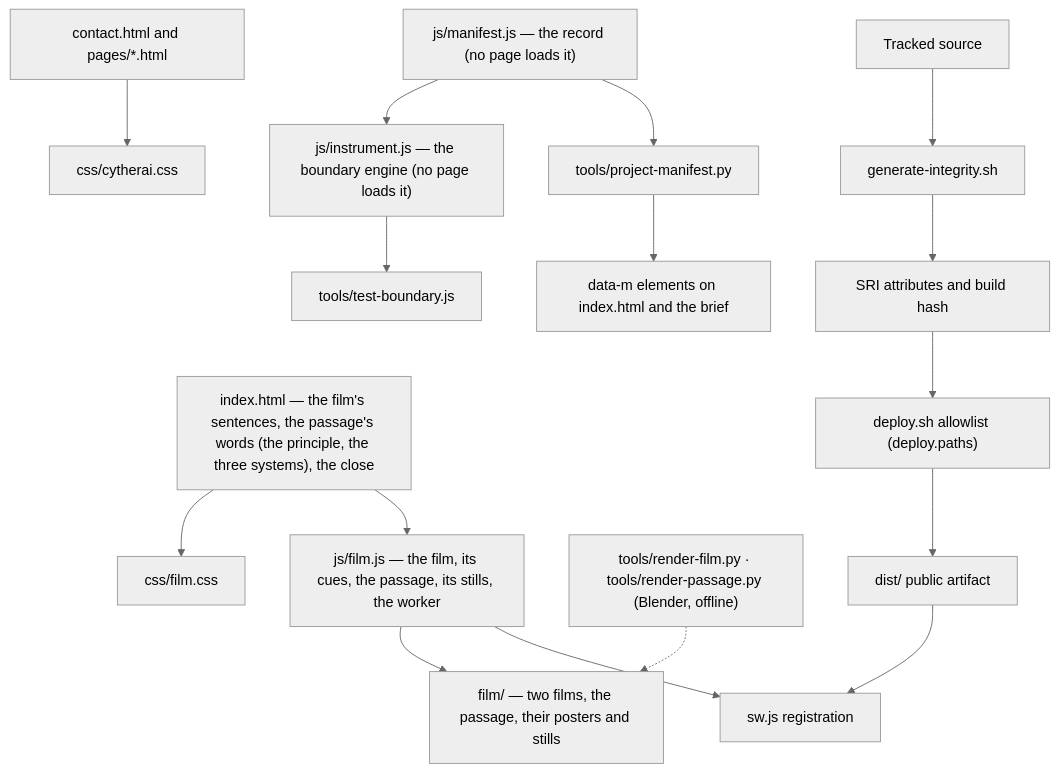
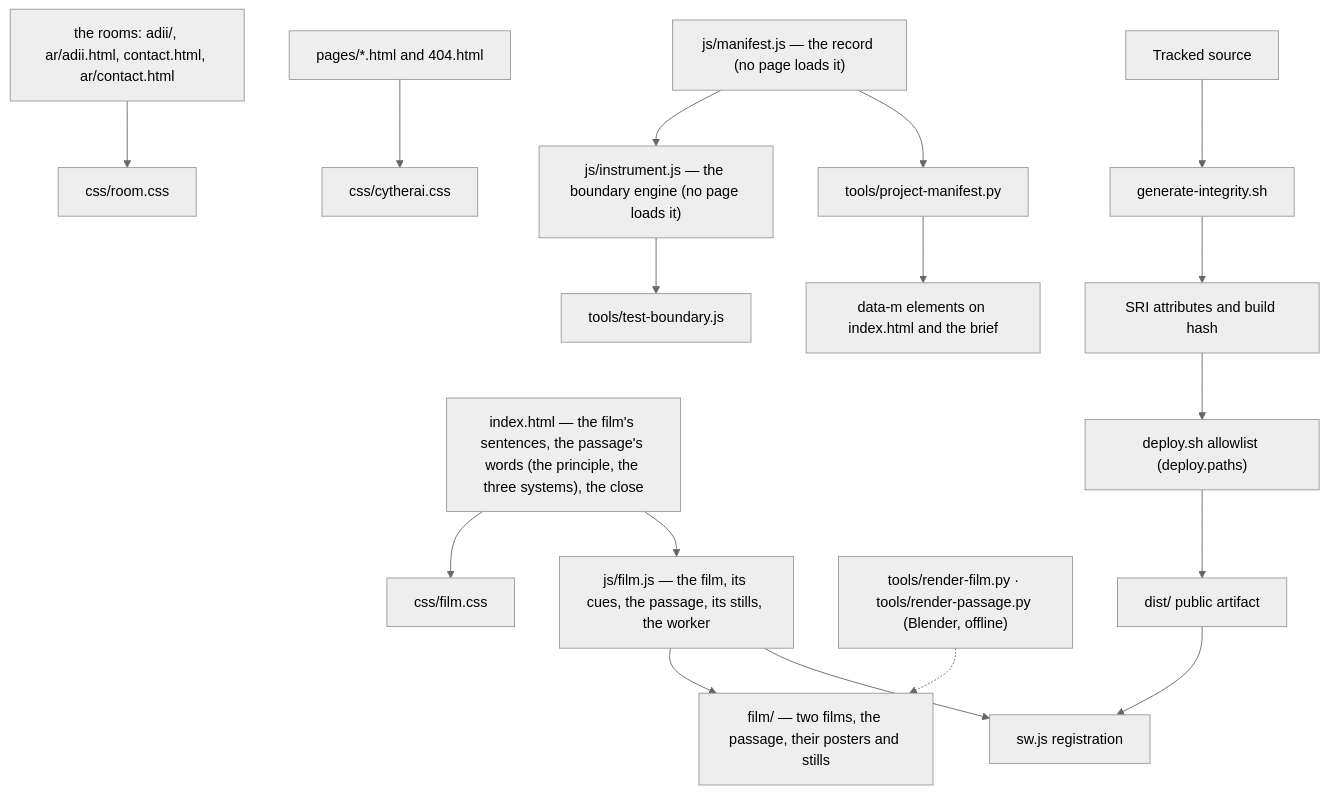
One commit to AethersDev/CytherAI changed the diagram in docs/architecture.md. Above: the diagram before and after it, drawn with Mermaid (neutral theme). The commit also changed other lines of this file and 27 other files, not shown here.

Commit message:
release: the first route out of the film, ADII's evidence and the contact page as rooms (build B8E83779898CD5AB)

````diff
--- a/docs/architecture.md
+++ b/docs/architecture.md
@@ -22,21 +22,22 @@
 ```mermaid
 flowchart TD
   I["index.html — the film's sentences, the passage's words (the principle, the three systems), the close"] --> CSS2["css/film.css"]
   I --> F["js/film.js — the film, its cues, the passage, its stills, the worker"]
   F --> MED["film/ — two films, the passage, their posters and stills"]
   F --> SW["sw.js registration"]
   RF["tools/render-film.py · tools/render-passage.py (Blender, offline)"] -.-> MED
 
-  P["contact.html and pages/*.html"] --> CSS["css/cytherai.css"]
+  RM["the rooms: adii/, ar/adii.html, contact.html, ar/contact.html"] --> ROOM["css/room.css"]
+  P["pages/*.html and 404.html"] --> CSS["css/cytherai.css"]
 
   M["js/manifest.js — the record (no page loads it)"] --> B["js/instrument.js — the boundary engine (no page loads it)"]
   B --> TB["tools/test-boundary.js"]
 
   SRC["Tracked source"] --> SRI["generate-integrity.sh"]
   SRI --> ID["SRI attributes and build hash"]
   ID --> DEP["deploy.sh allowlist (deploy.paths)"]
   DEP --> DIST["dist/ public artifact"]
   DIST --> SW
 
   M --> PM["tools/project-manifest.py"] --> DM["data-m elements on index.html and the brief"]
 ```
````
